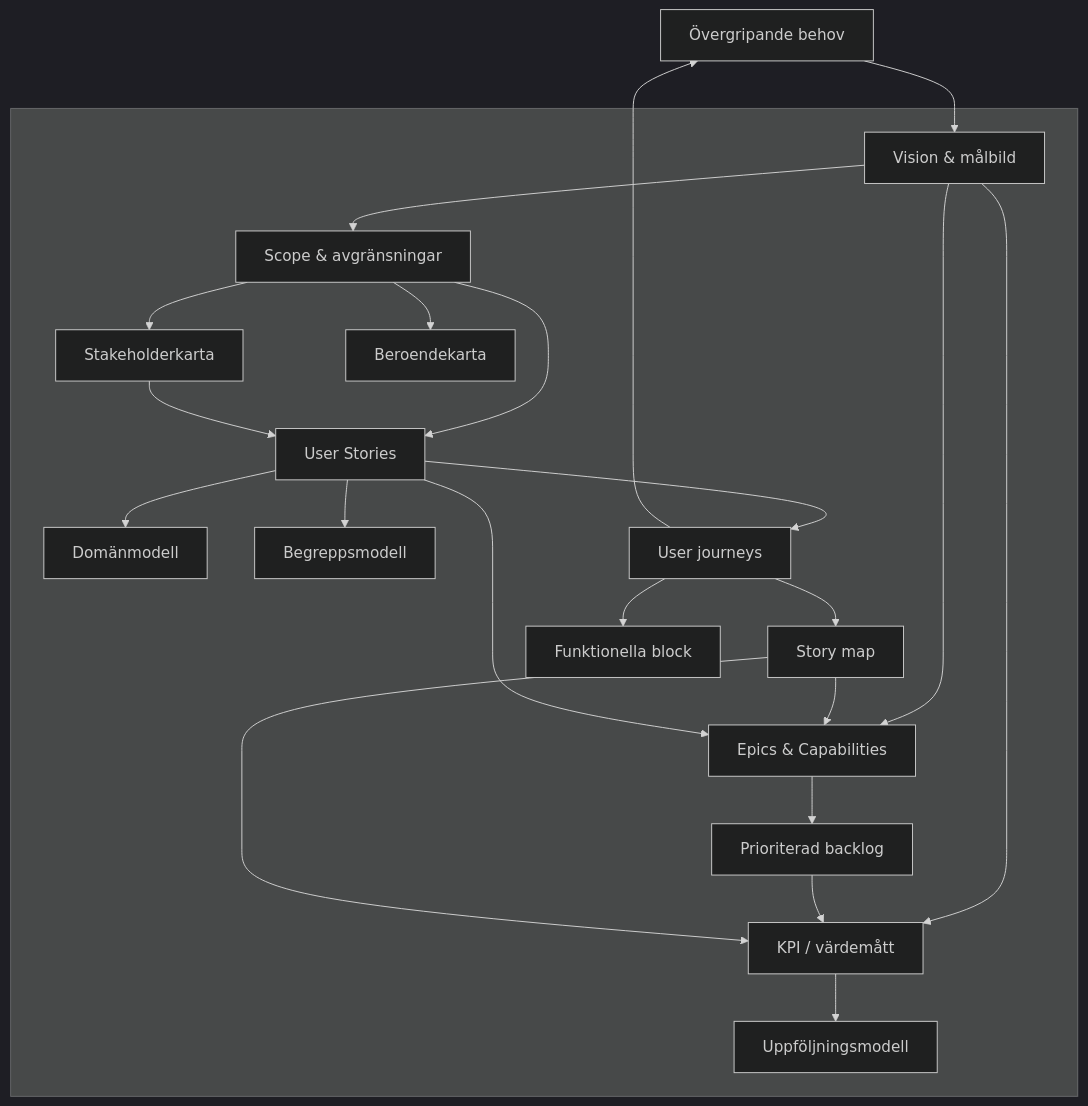
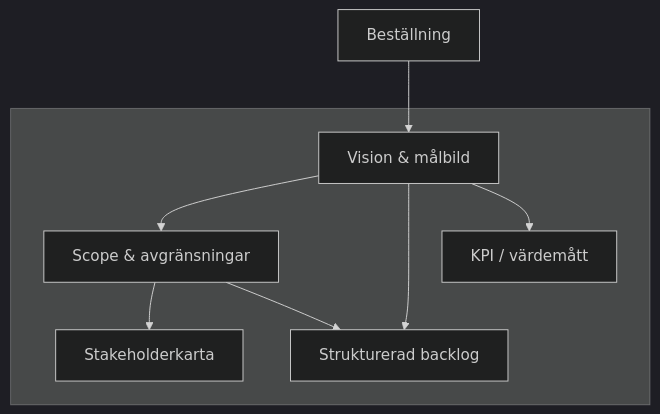
The first of 3 diagrams in framework/standard/artifacts/Artifacts.md (Riniga/valuestream-os), drawn with Mermaid (dark theme) before and after one commit. The commit also changed 51 other files, not shown here.

````diff
--- a/framework/standard/artifacts/Artifacts.md
+++ b/framework/standard/artifacts/Artifacts.md
@@ -7,73 +7,26 @@
 ```mermaid
 flowchart
 
-  OB["Övergripande behov"]
+  OB["Beställning"]
   subgraph mal[" "]
 
     VM["Vision & målbild"]
-
     SA["Scope & avgränsningar"]
-    EC["Epics & Capabilities"]
-
     SK["Stakeholderkarta"]
-    BK["Beroendekarta"]
-    US["User Stories"]
-
-    DM["Domänmodell"]
-    BM["Begreppsmodell"]
-
-    UJ["User journeys"]
-    SM["Story map"]
-    FB["Funktionella block"]
-
-    PB["Prioriterad backlog"]
+    SB["Strukturerad backlog"]
     KPI["KPI / värdemått"]
-    UM["Uppföljningsmodell"]
 
   end
 
     OB --> VM
-
-%%    OB --> SA
-%%    OB --> EC
     VM --> SA
-    VM --> EC
 
     SA --> SK
-%%    VM --> SK
-    SA --> BK
-%%    VM --> BK
 
-%%    VM --> US
-    SA --> US
-    SK --> US
+    VM --> SB
+    SA --> SB
 
-%%    SK --> DM
-    US --> DM
-%%    SK --> BM
-    US --> BM
-
-%%    DM --> UJ
-    US --> UJ
-%%    SK --> UJ
-    UJ --> OB
-
-    UJ --> SM
-%%    DM --> SM
-%%    OB --> SM
-
-    UJ --> FB
-%%    DM --> FB
-%%    OB --> FB
-
-    SM --> EC
-    US --> EC
-    EC --> PB
-%%    VM --> PB
     VM --> KPI
-    PB --> KPI
-    SM --> KPI
-    KPI --> UM
 
 
 ```
````
